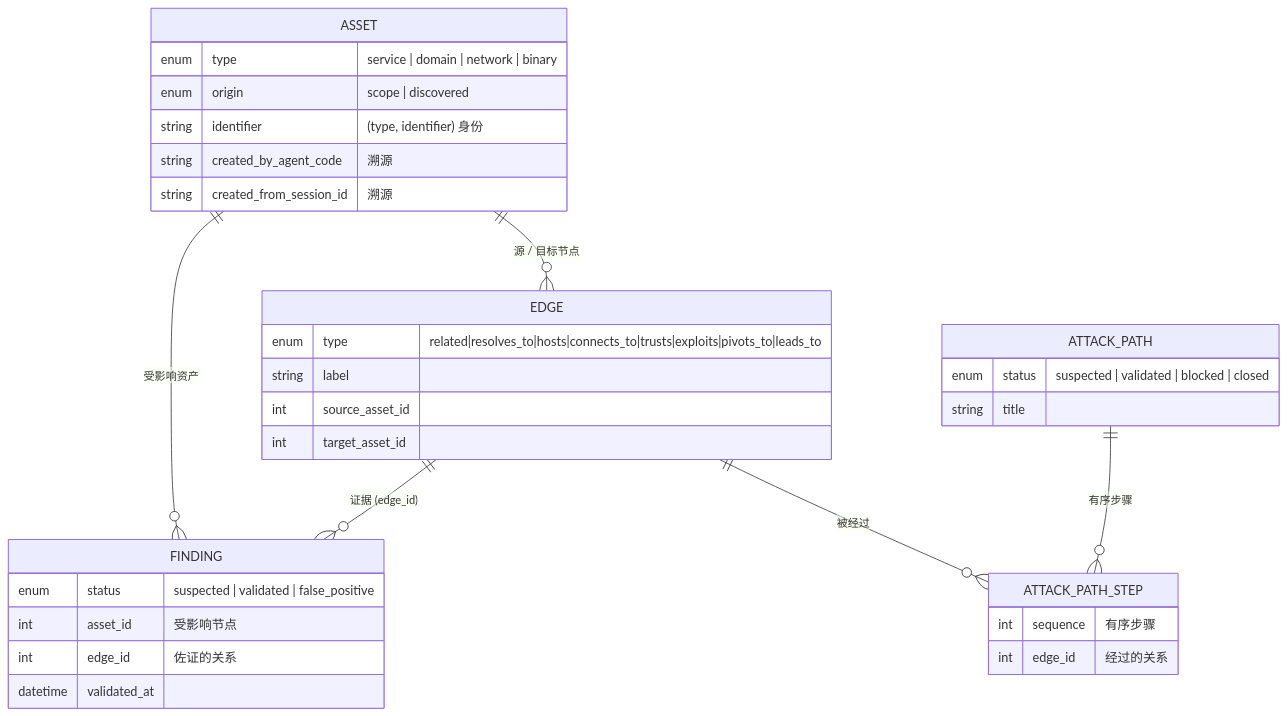
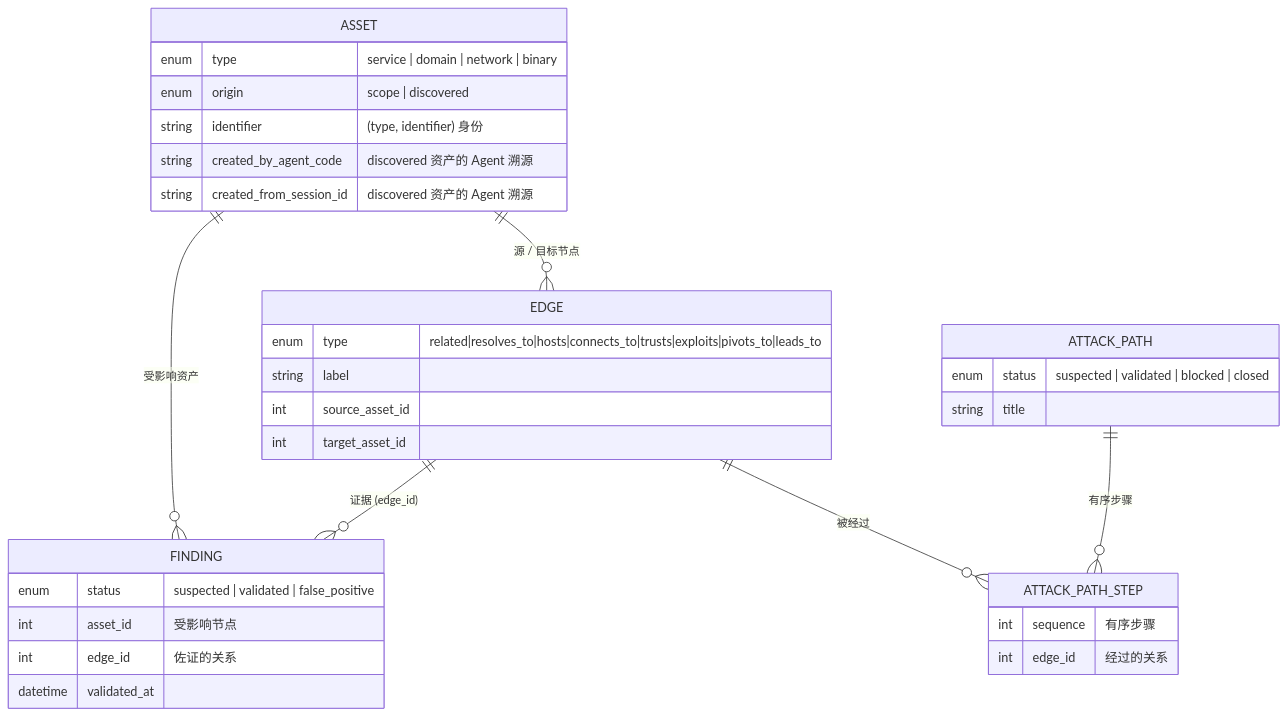
One commit to MolTau9527/Z3r0 changed the seventh of 7 diagrams in README_zh.md. Above: the diagram before and after it, drawn with Mermaid. The commit also changed other lines of this file and 19 other files, not shown here.

````diff
--- a/README_zh.md
+++ b/README_zh.md
@@ -234,36 +252,36 @@
 ```mermaid
 erDiagram
   ASSET {
     enum   type        "service | domain | network | binary"
     enum   origin      "scope | discovered"
     string identifier  "(type, identifier) 身份"
-    string created_by_agent_code  "溯源"
-    string created_from_session_id "溯源"
+    string created_by_agent_code  "discovered 资产的 Agent 溯源"
+    string created_from_session_id "discovered 资产的 Agent 溯源"
   }
   EDGE {
     enum   type   "related|resolves_to|hosts|connects_to|trusts|exploits|pivots_to|leads_to"
     string label
     int    source_asset_id
     int    target_asset_id
   }
   FINDING {
     enum     status      "suspected | validated | false_positive"
     int      asset_id    "受影响节点"
     int      edge_id     "佐证的关系"
     datetime validated_at
   }
   ATTACK_PATH {
     enum   status  "suspected | validated | blocked | closed"
     string title
   }
   ATTACK_PATH_STEP {
     int sequence "有序步骤"
     int edge_id  "经过的关系"
   }
 
   ASSET            ||--o{ EDGE             : "源 / 目标节点"
   ASSET            ||--o{ FINDING          : "受影响资产"
   EDGE             ||--o{ FINDING          : "证据 (edge_id)"
   EDGE             ||--o{ ATTACK_PATH_STEP : "被经过"
   ATTACK_PATH      ||--o{ ATTACK_PATH_STEP : "有序步骤"
 ```
````
